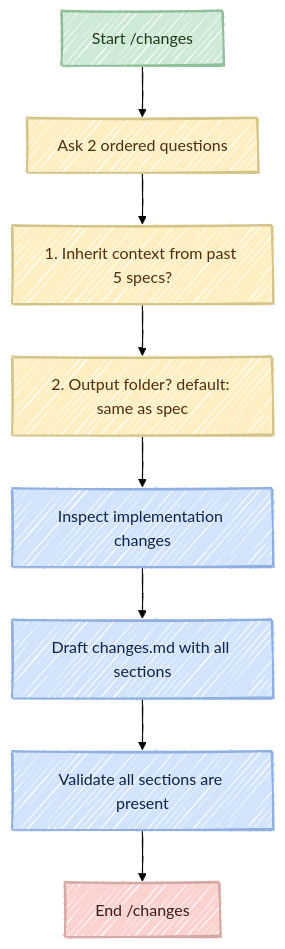
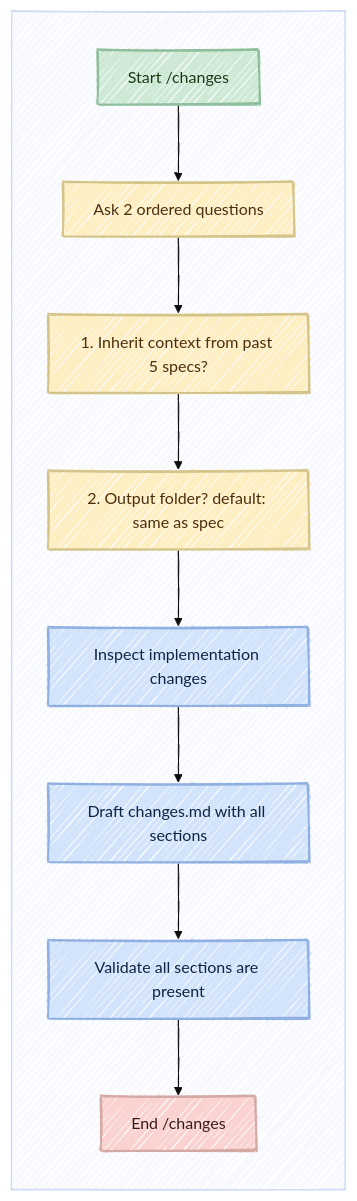
The third of 3 diagrams in specs/0-thoughtweave-def/spec.md (Amatofrancesco99/thoughtweave), drawn with Mermaid before and after one commit. The commit also changed other lines of this file, not shown here.

Commit message:
docs: fixed dark mode rendering for mermaid graphs

````diff
--- a/specs/0-thoughtweave-def/spec.md
+++ b/specs/0-thoughtweave-def/spec.md
@@ -1674,23 +1666,19 @@
 ```mermaid
-%%{init: {
-  "theme": "base",
-  "look": "handDrawn",
-  "layout": "dagre",
-  "themeVariables": {
-    "background": "#ffffff"
-  }
-}}%%
+%%{init: { "theme": "base", "look": "handDrawn", "layout": "dagre" }}%%
 flowchart TD
+    subgraph bg[" "]
+    direction TB
     classDef start fill:#CEEAD6,color:#1a3a15,stroke:#8fbf9a,stroke-width:2px
     classDef process fill:#D2E3FC,color:#0f2440,stroke:#8fb0e0,stroke-width:2px
     classDef decision fill:#FEEFC3,color:#4d2e0f,stroke:#d4c48a,stroke-width:2px
     classDef endclass fill:#FAD2CF,color:#3a1a1a,stroke:#d4a8a3,stroke-width:2px
 
     A[Start /changes]:::start --> B[Ask 2 ordered questions]:::decision
     B --> B1[1. Inherit context from past 5 specs?]:::decision
     B1 --> B2[2. Output folder? default: same as spec]:::decision
     B2 --> C[Inspect implementation changes]:::process
     C --> D[Draft changes.md with all sections]:::process
     D --> E[Validate all sections are present]:::process
     E --> F[End /changes]:::endclass
+    end
 ```
````
